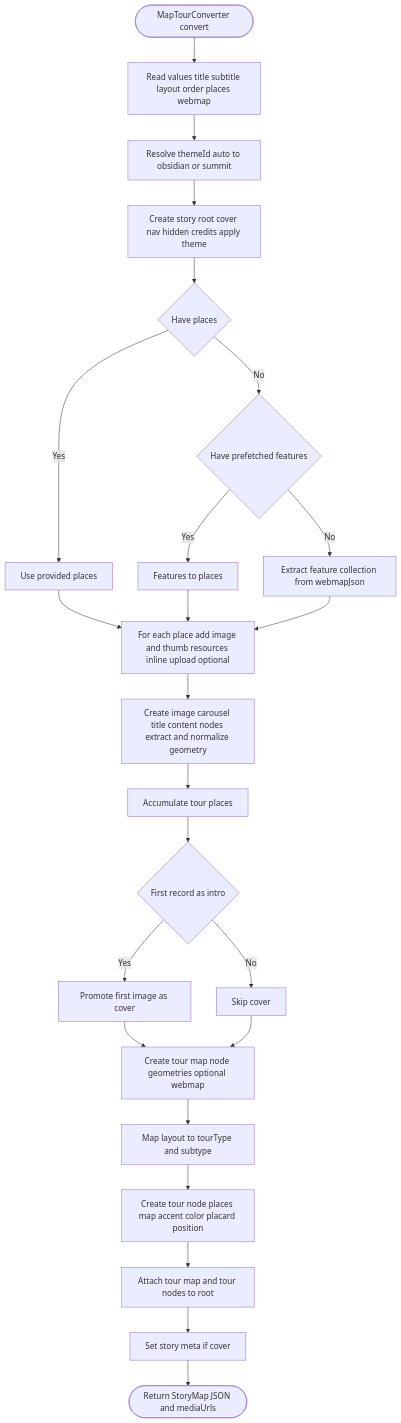
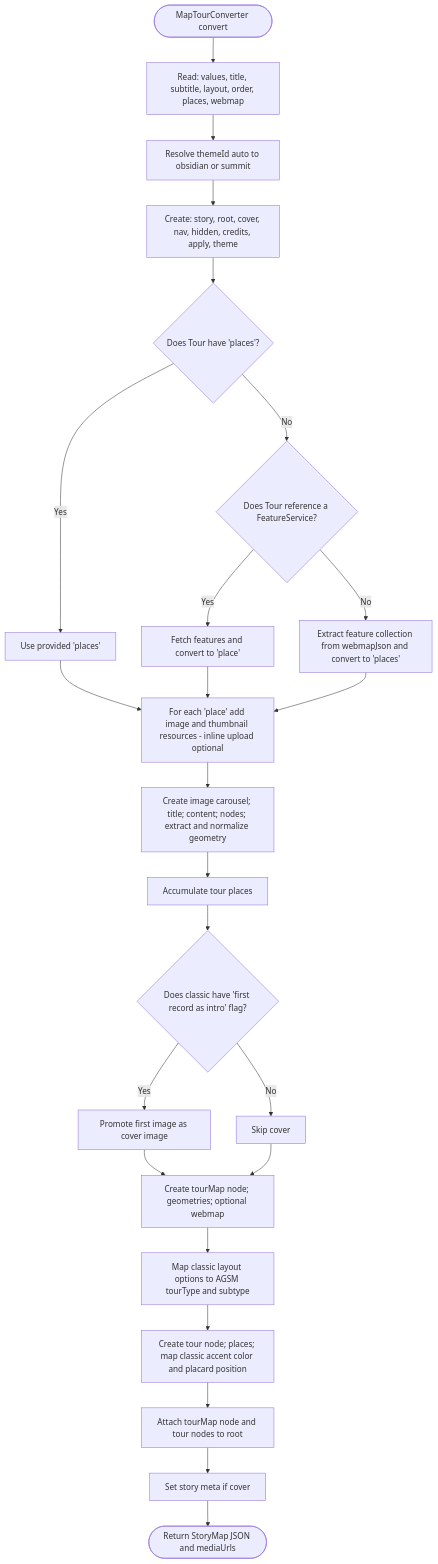
Before and after one commit to dasbury-esri/ArcGIS-StoryMaps-Classic-Converter-App: the seventh of 11 diagrams in QUARTO_LOGIC_DIAGRAM.qmd, drawn with Mermaid. The commit also changed other lines of this file and 15 other files, not shown here.

````diff
--- a/QUARTO_LOGIC_DIAGRAM.qmd
+++ b/QUARTO_LOGIC_DIAGRAM.qmd
@@ -200,30 +200,30 @@
 ```{mermaid}
 flowchart TD
-  Start([MapTourConverter convert]) --> ReadVals[Read values title subtitle layout order places webmap]
+  Start([MapTourConverter convert]) --> ReadVals[Read: values, title, subtitle, layout, order, places, webmap]
   ReadVals --> ThemeAuto[Resolve themeId auto to obsidian or summit]
-  ThemeAuto --> Scaffold[Create story root cover nav hidden credits apply theme]
+  ThemeAuto --> Scaffold[Create: story, root, cover, nav, hidden, credits, apply, theme]
 
-  Scaffold --> Places{Have places}
-  Places -->|Yes| UsePlaces[Use provided places]
-  Places -->|No| Prefetch{Have prefetched features}
-  Prefetch -->|Yes| FromPrefetch[Features to places]
-  Prefetch -->|No| FromWebmap[Extract feature collection from webmapJson]
+  Scaffold --> Places{Does Tour have 'places'?}
+  Places -->|Yes| UsePlaces[Use provided 'places']
+  Places -->|No| Prefetch{Does Tour reference a FeatureService?}
+  Prefetch -->|Yes| FromPrefetch[Fetch features and convert to 'place']
+  Prefetch -->|No| FromWebmap[Extract feature collection from webmapJson and convert to 'places']
 
   UsePlaces --> BuildMedia
   FromPrefetch --> BuildMedia
   FromWebmap --> BuildMedia
 
-  BuildMedia[For each place add image and thumb resources inline upload optional] --> BuildNodes
-  BuildNodes[Create image carousel title content nodes extract and normalize geometry] --> PlacesList[Accumulate tour places]
-  PlacesList --> PromoteCover{First record as intro}
-  PromoteCover -->|Yes| SetCover[Promote first image as cover]
+  BuildMedia[For each 'place' add image and thumbnail resources - inline upload optional] --> BuildNodes
+  BuildNodes[Create image carousel; title; content; nodes; extract and normalize geometry] --> PlacesList[Accumulate tour places]
+  PlacesList --> PromoteCover{Does classic have 'first record as intro' flag?}
+  PromoteCover -->|Yes| SetCover[Promote first image as cover image]
   PromoteCover -->|No| SkipCover[Skip cover]
 
   SetCover --> TourMap
   SkipCover --> TourMap
-  TourMap[Create tour map node geometries optional webmap] --> Layout[Map layout to tourType and subtype]
-  Layout --> TourNode[Create tour node places map accent color placard position]
-  TourNode --> Attach[Attach tour map and tour nodes to root]
+  TourMap[Create tourMap node; geometries; optional webmap] --> Layout[Map classic layout options to AGSM tourType and subtype]
+  Layout --> TourNode[Create tour node; places; map classic accent color and placard position]
+  TourNode --> Attach[Attach tourMap node and tour nodes to root]
   Attach --> Meta[Set story meta if cover]
   Meta --> Done([Return StoryMap JSON and mediaUrls])
 ```
````
